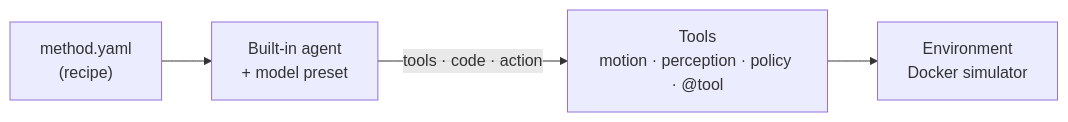
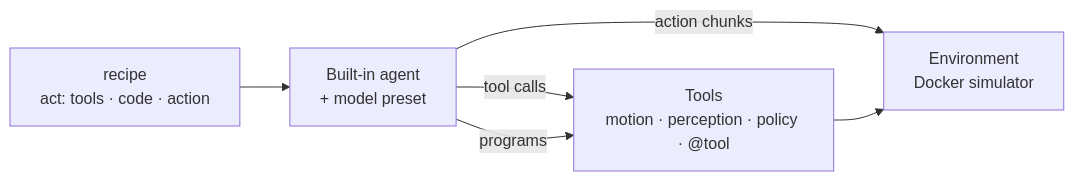
One commit to Elvin-yk/EvoAB changed the diagram in README.md. Above: the diagram before and after it, drawn with Mermaid. The commit also changed other lines of this file and 6 other files, not shown here.

````diff
--- a/README.md
+++ b/README.md
@@ -33,6 +34,8 @@
 ```mermaid
 flowchart LR
-    R["method.yaml<br/>(recipe)"] --> A["Built-in agent<br/>+ model preset"]
-    A -- "tools · code · action" --> T["Tools<br/>motion · perception · policy · @tool"]
+    R["recipe<br/>act: tools · code · action"] --> A["Built-in agent<br/>+ model preset"]
+    A -- "tool calls" --> T["Tools<br/>motion · perception · policy · @tool"]
+    A -- "programs" --> T
+    A -- "action chunks" --> E
     T --> E["Environment<br/>Docker simulator"]
 ```
````
